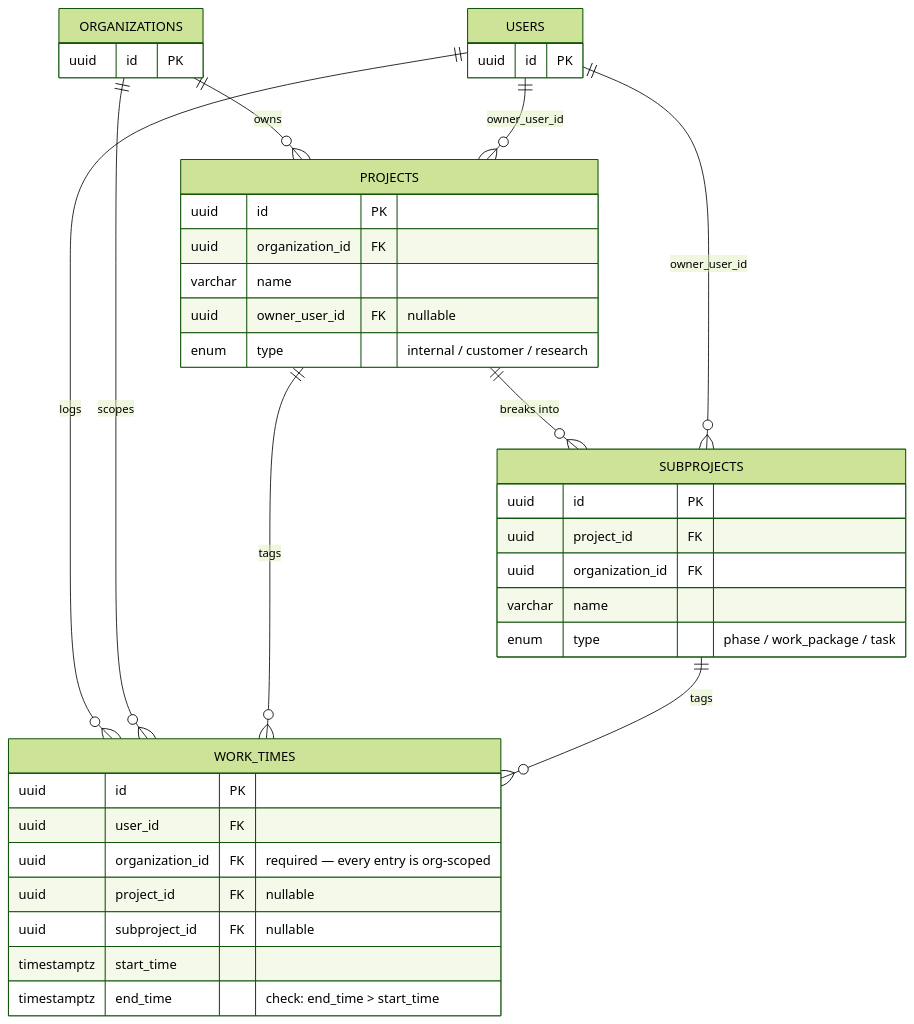
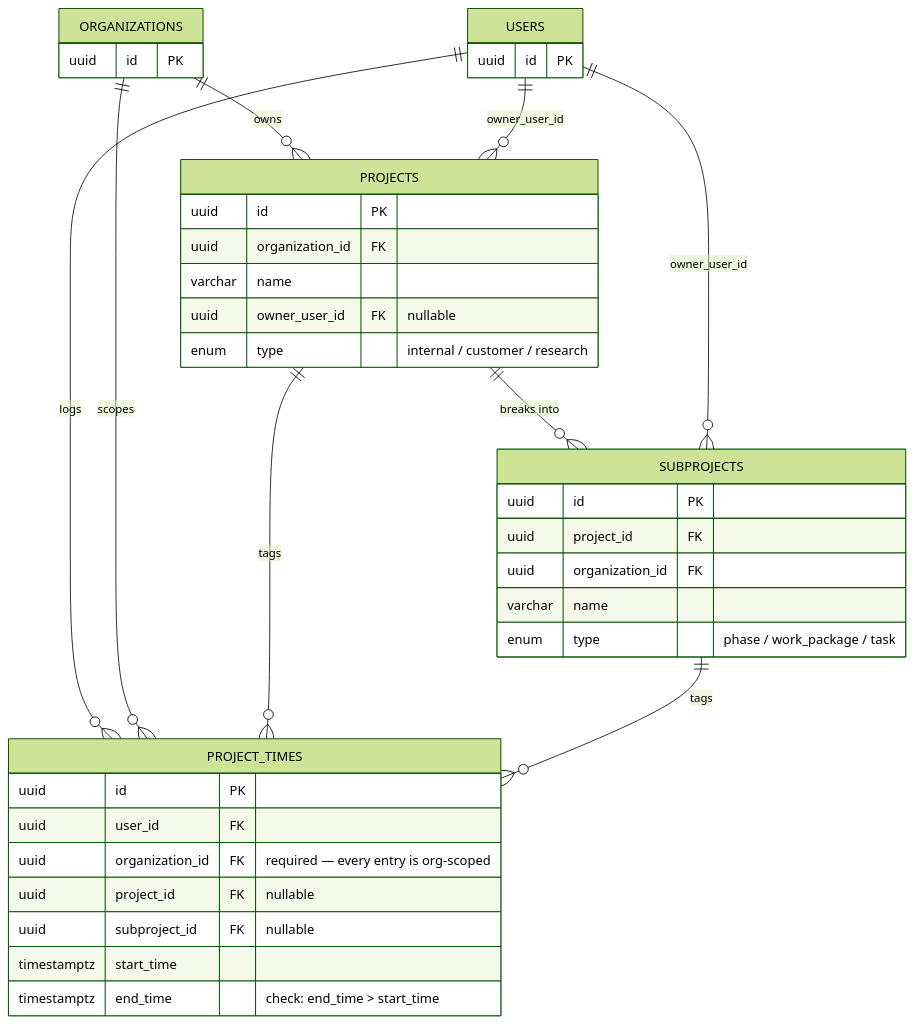
The fourth of 10 diagrams in docs/DATABASE_SCHEMA.md (fporoli/worktime3), drawn with Mermaid (forest theme) before and after one commit. The commit also changed other lines of this file and 25 other files, not shown here.

First line of the commit message:
feat: rename work times to project times and update related functionality

````diff
--- a/docs/DATABASE_SCHEMA.md
+++ b/docs/DATABASE_SCHEMA.md
@@ -177,37 +177,37 @@
 ```mermaid
 erDiagram
     ORGANIZATIONS ||--o{ PROJECTS : "owns"
     PROJECTS ||--o{ SUBPROJECTS : "breaks into"
     USERS ||--o{ PROJECTS : "owner_user_id"
     USERS ||--o{ SUBPROJECTS : "owner_user_id"
-    USERS ||--o{ WORK_TIMES : "logs"
-    ORGANIZATIONS ||--o{ WORK_TIMES : "scopes"
-    PROJECTS ||--o{ WORK_TIMES : "tags"
-    SUBPROJECTS ||--o{ WORK_TIMES : "tags"
+    USERS ||--o{ PROJECT_TIMES : "logs"
+    ORGANIZATIONS ||--o{ PROJECT_TIMES : "scopes"
+    PROJECTS ||--o{ PROJECT_TIMES : "tags"
+    SUBPROJECTS ||--o{ PROJECT_TIMES : "tags"
 
     PROJECTS {
         uuid id PK
         uuid organization_id FK
         varchar name
         uuid owner_user_id FK "nullable"
         enum type "internal / customer / research"
     }
     SUBPROJECTS {
         uuid id PK
         uuid project_id FK
         uuid organization_id FK
         varchar name
         enum type "phase / work_package / task"
     }
-    WORK_TIMES {
+    PROJECT_TIMES {
         uuid id PK
         uuid user_id FK
         uuid organization_id FK "required — every entry is org-scoped"
         uuid project_id FK "nullable"
         uuid subproject_id FK "nullable"
         timestamptz start_time
         timestamptz end_time "check: end_time > start_time"
     }
     ORGANIZATIONS { uuid id PK }
     USERS { uuid id PK }
 ```
````
